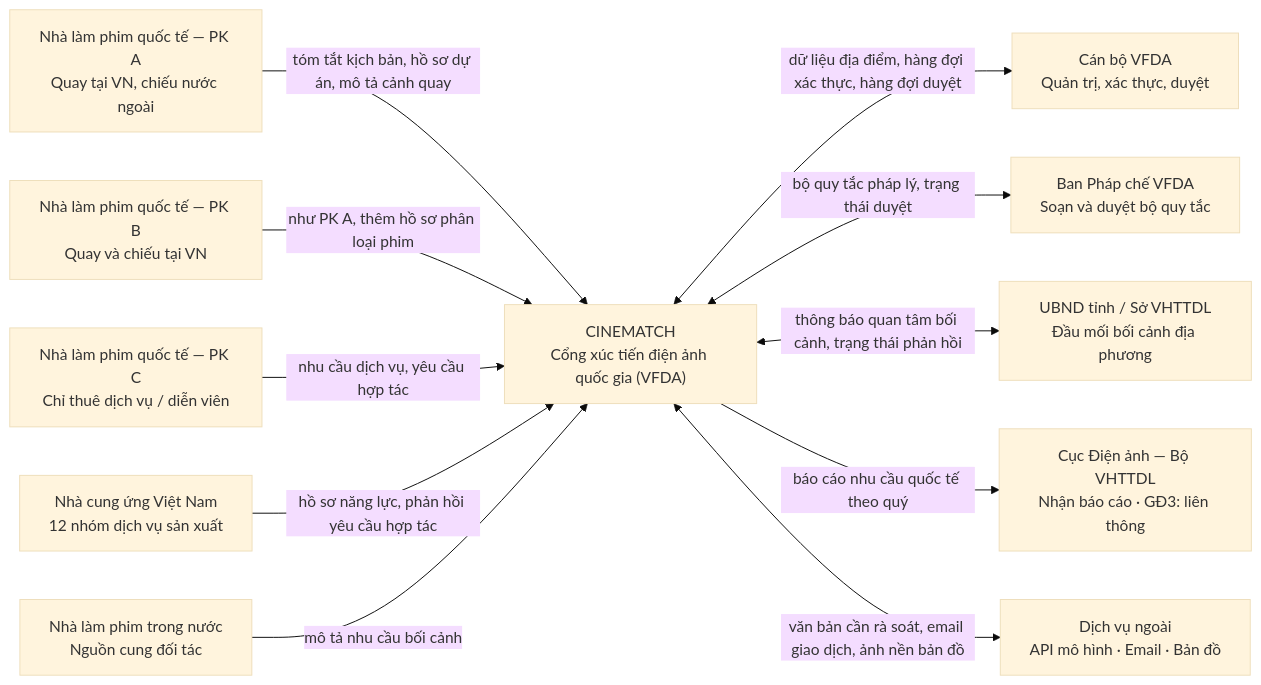
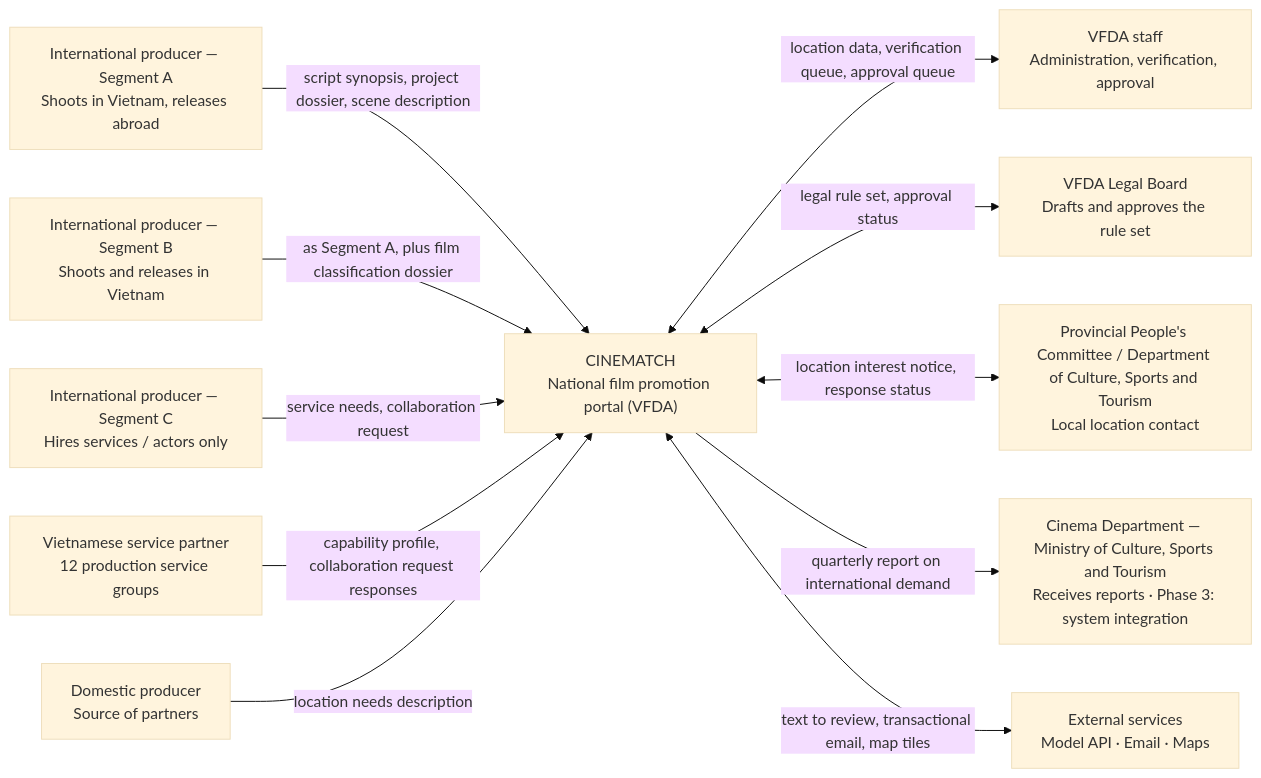
One commit to namnt2005/CINEMATCH-DBIZ3.TeamC changed the diagram in docs/architecture/context.md. Above: the diagram before and after it, drawn with Mermaid (base theme). The commit also changed other lines of this file and 92 other files, not shown here.

````diff
--- a/docs/architecture/context.md
+++ b/docs/architecture/context.md
@@ -8,28 +8,28 @@
 ```mermaid
 flowchart LR
-    PA["Nhà làm phim quốc tế — PK A<br/>Quay tại VN, chiếu nước ngoài"]
-    PB["Nhà làm phim quốc tế — PK B<br/>Quay và chiếu tại VN"]
-    PC["Nhà làm phim quốc tế — PK C<br/>Chỉ thuê dịch vụ / diễn viên"]
-    SUP["Nhà cung ứng Việt Nam<br/>12 nhóm dịch vụ sản xuất"]
-    DOM["Nhà làm phim trong nước<br/>Nguồn cung đối tác"]
+    PA["International producer — Segment A<br/>Shoots in Vietnam, releases abroad"]
+    PB["International producer — Segment B<br/>Shoots and releases in Vietnam"]
+    PC["International producer — Segment C<br/>Hires services / actors only"]
+    SUP["Vietnamese service partner<br/>12 production service groups"]
+    DOM["Domestic producer<br/>Source of partners"]
 
-    SYS["CINEMATCH<br/>Cổng xúc tiến điện ảnh quốc gia (VFDA)"]
+    SYS["CINEMATCH<br/>National film promotion portal (VFDA)"]
 
-    STAFF["Cán bộ VFDA<br/>Quản trị, xác thực, duyệt"]
-    LEGAL["Ban Pháp chế VFDA<br/>Soạn và duyệt bộ quy tắc"]
-    PROV["UBND tỉnh / Sở VHTTDL<br/>Đầu mối bối cảnh địa phương"]
-    DOC["Cục Điện ảnh — Bộ VHTTDL<br/>Nhận báo cáo · GĐ3: liên thông"]
-    EXT["Dịch vụ ngoài<br/>API mô hình · Email · Bản đồ"]
+    STAFF["VFDA staff<br/>Administration, verification, approval"]
+    LEGAL["VFDA Legal Board<br/>Drafts and approves the rule set"]
+    PROV["Provincial People's Committee / Department of Culture, Sports and Tourism<br/>Local location contact"]
+    DOC["Cinema Department — Ministry of Culture, Sports and Tourism<br/>Receives reports · Phase 3: system integration"]
+    EXT["External services<br/>Model API · Email · Maps"]
 
-    PA -->|"tóm tắt kịch bản, hồ sơ dự án, mô tả cảnh quay"| SYS
-    PB -->|"như PK A, thêm hồ sơ phân loại phim"| SYS
-    PC -->|"nhu cầu dịch vụ, yêu cầu hợp tác"| SYS
-    SUP -->|"hồ sơ năng lực, phản hồi yêu cầu hợp tác"| SYS
-    DOM -->|"mô tả nhu cầu bối cảnh"| SYS
+    PA -->|"script synopsis, project dossier, scene description"| SYS
+    PB -->|"as Segment A, plus film classification dossier"| SYS
+    PC -->|"service needs, collaboration request"| SYS
+    SUP -->|"capability profile, collaboration request responses"| SYS
+    DOM -->|"location needs description"| SYS
 
-    SYS <-->|"dữ liệu địa điểm, hàng đợi xác thực, hàng đợi duyệt"| STAFF
-    SYS <-->|"bộ quy tắc pháp lý, trạng thái duyệt"| LEGAL
-    SYS <-->|"thông báo quan tâm bối cảnh, trạng thái phản hồi"| PROV
-    SYS -->|"báo cáo nhu cầu quốc tế theo quý"| DOC
-    SYS <-->|"văn bản cần rà soát, email giao dịch, ảnh nền bản đồ"| EXT
+    SYS <-->|"location data, verification queue, approval queue"| STAFF
+    SYS <-->|"legal rule set, approval status"| LEGAL
+    SYS <-->|"location interest notice, response status"| PROV
+    SYS -->|"quarterly report on international demand"| DOC
+    SYS <-->|"text to review, transactional email, map tiles"| EXT
 ```
````
